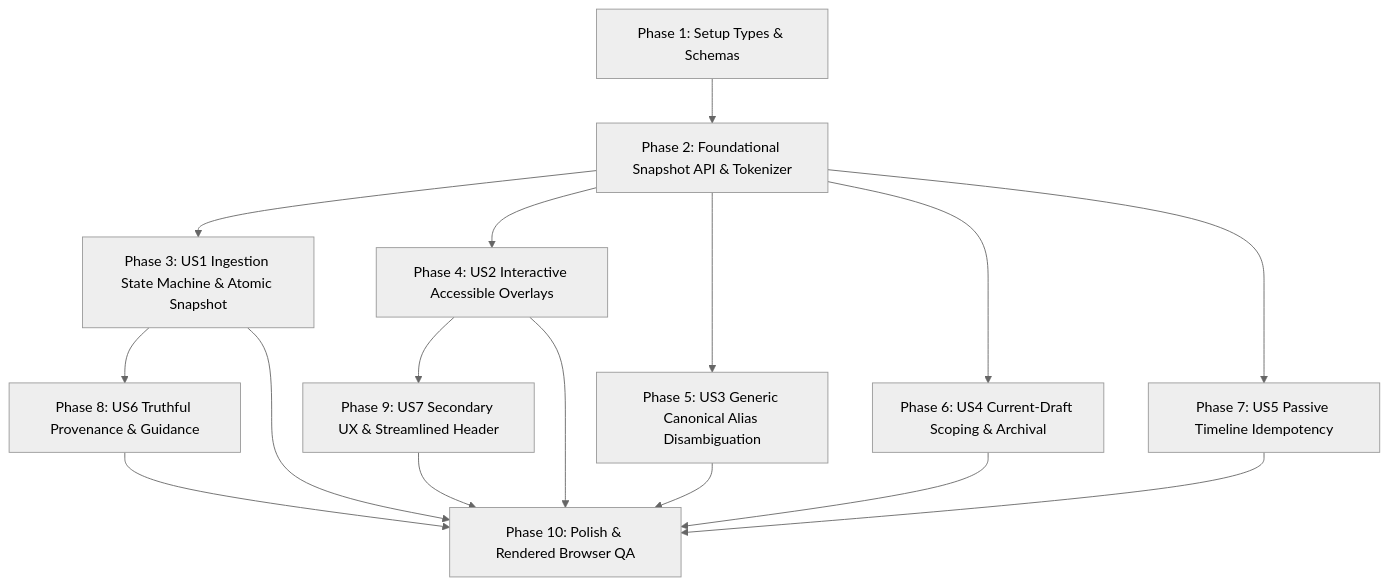
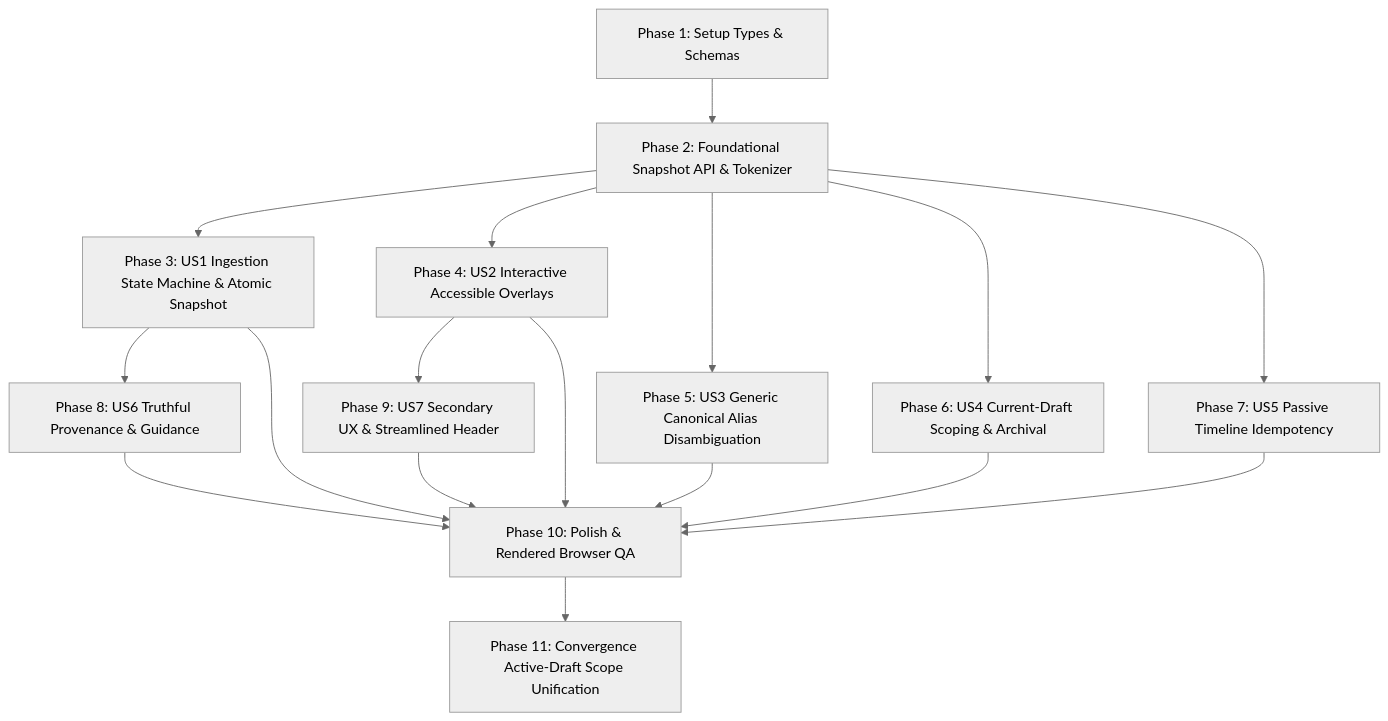
Before and after one commit to fmcgoohan/clearancescout: the diagram in specs/021-release-state-integrity/tasks.md, drawn with Mermaid (neutral theme). The commit also changed other lines of this file, not shown here.

Commit message:
docs(tasks): add Phase 11 convergence tasks T042-T050 for 021-release-state-integrity

````diff
--- a/specs/021-release-state-integrity/tasks.md
+++ b/specs/021-release-state-integrity/tasks.md
@@ -158,12 +174,13 @@
 ```mermaid
 graph TD
     P1[Phase 1: Setup Types & Schemas] --> P2[Phase 2: Foundational Snapshot API & Tokenizer]
     P2 --> P3[Phase 3: US1 Ingestion State Machine & Atomic Snapshot]
     P2 --> P4[Phase 4: US2 Interactive Accessible Overlays]
     P2 --> P5[Phase 5: US3 Generic Canonical Alias Disambiguation]
     P2 --> P6[Phase 6: US4 Current-Draft Scoping & Archival]
     P2 --> P7[Phase 7: US5 Passive Timeline Idempotency]
     P3 --> P8[Phase 8: US6 Truthful Provenance & Guidance]
     P4 --> P9[Phase 9: US7 Secondary UX & Streamlined Header]
     P3 & P4 & P5 & P6 & P7 & P8 & P9 --> P10[Phase 10: Polish & Rendered Browser QA]
+    P10 --> P11[Phase 11: Convergence Active-Draft Scope Unification]
 ```
````
